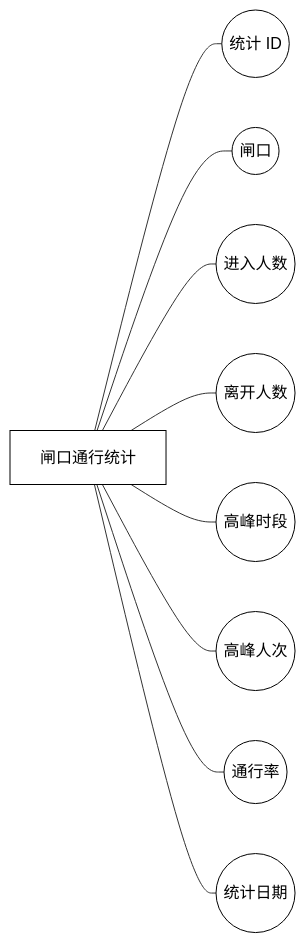
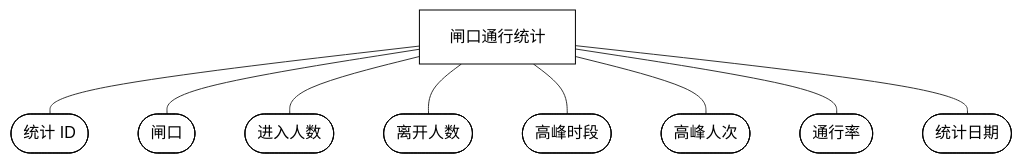
Before and after one commit to carl-Tu/campus-management: diagram 30 of 31 in docs/功能需求分析与用例图.md, drawn with Mermaid. The commit also changed other lines of this file, not shown here.

Commit message:
docs：E-R图字段改为椭圆形，结构改为实体在上、字段在下的上下结构

````diff
--- a/docs/功能需求分析与用例图.md
+++ b/docs/功能需求分析与用例图.md
@@ -1205,24 +1205,24 @@
 ```mermaid
-flowchart LR
+flowchart TD
   E["闸口通行统计"]
-  A1((统计 ID))
-  A2((闸口))
-  A3((进入人数))
-  A4((离开人数))
-  A5((高峰时段))
-  A6((高峰人次))
-  A7((通行率))
-  A8((统计日期))
+  A1([统计 ID])
+  A2([闸口])
+  A3([进入人数])
+  A4([离开人数])
+  A5([高峰时段])
+  A6([高峰人次])
+  A7([通行率])
+  A8([统计日期])
 
   E --- A1
   E --- A2
   E --- A3
   E --- A4
   E --- A5
   E --- A6
   E --- A7
   E --- A8
 
   classDef box fill:#ffffff,stroke:#000000,stroke-width:1px,color:#000000
   class E,A1,A2,A3,A4,A5,A6,A7,A8 box
 ```
````
